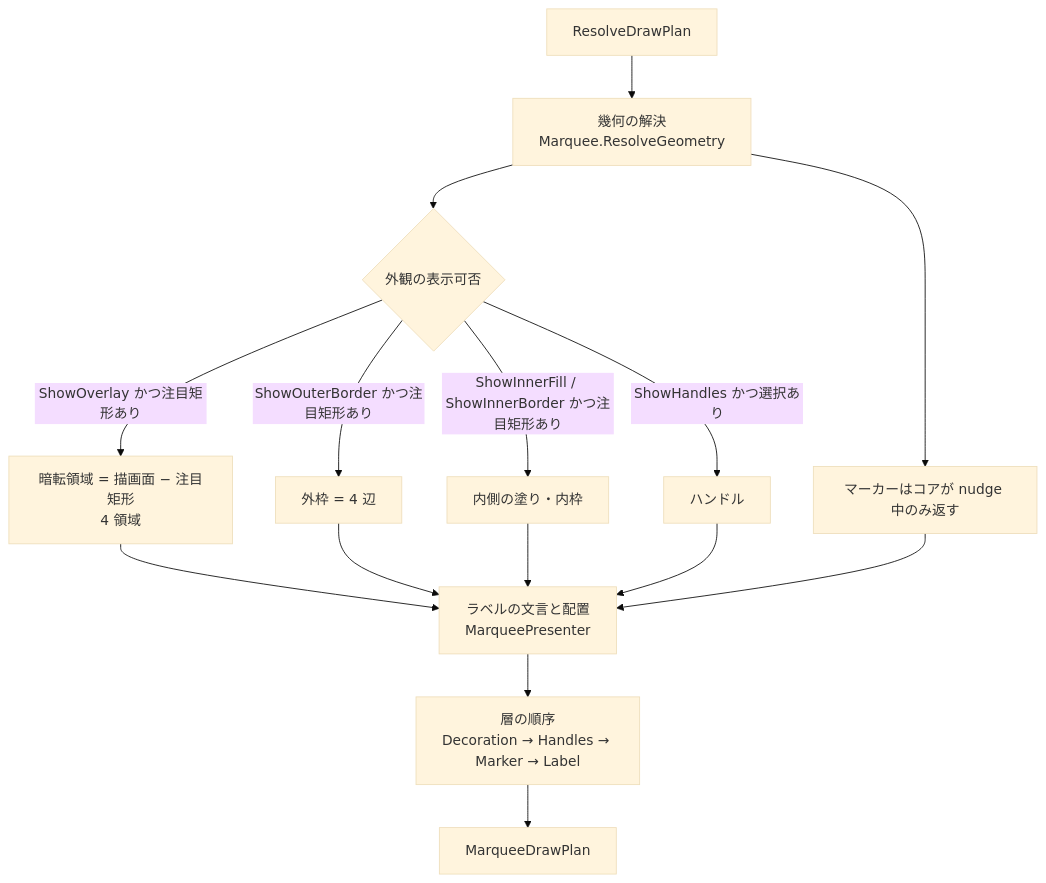
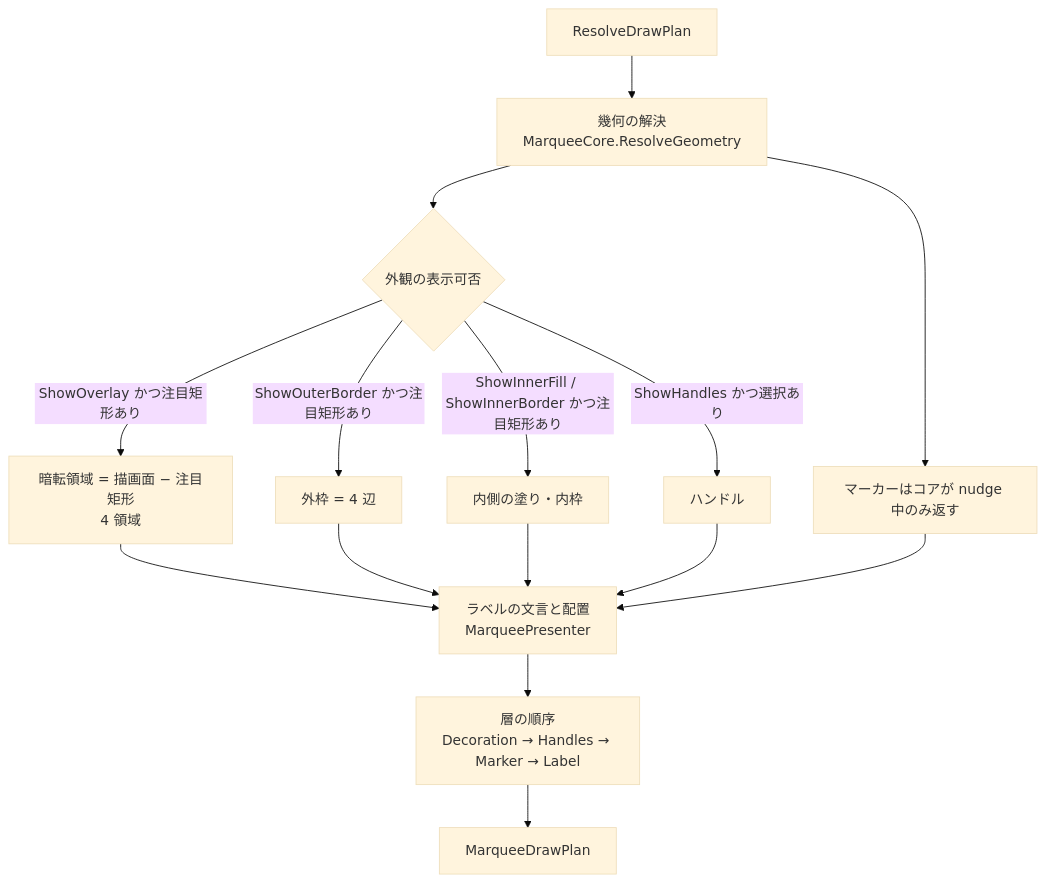
The second of 2 diagrams in src/Feature.Marquee.Presenter/docs/SPEC_System.md (tomokuni/SaveEvidence), drawn with Mermaid (base theme) before and after one commit. The commit also changed other lines of this file and 233 other files, not shown here.

First line of the commit message:
Marquee の公開型を EsUtil.Feature.Marquee へ集約し、ファサードを MarqueeCore へ改名する

````diff
--- a/src/Feature.Marquee.Presenter/docs/SPEC_System.md
+++ b/src/Feature.Marquee.Presenter/docs/SPEC_System.md
@@ -89,17 +89,17 @@
 ```mermaid
 flowchart TD
-    A[ResolveDrawPlan] --> B[幾何の解決<br/>Marquee.ResolveGeometry]
+    A[ResolveDrawPlan] --> B[幾何の解決<br/>MarqueeCore.ResolveGeometry]
     B --> C{外観の表示可否}
     C -->|ShowOverlay かつ注目矩形あり| D[暗転領域 = 描画面 − 注目矩形<br/>4 領域]
     C -->|ShowOuterBorder かつ注目矩形あり| E[外枠 = 4 辺]
     C -->|ShowInnerFill / ShowInnerBorder かつ注目矩形あり| F[内側の塗り・内枠]
     C -->|ShowHandles かつ選択あり| G[ハンドル]
     B --> H[マーカーはコアが nudge 中のみ返す]
     D --> I[ラベルの文言と配置<br/>MarqueePresenter]
     E --> I
     F --> I
     G --> I
     H --> I
     I --> J[層の順序<br/>Decoration → Handles → Marker → Label]
     J --> K[MarqueeDrawPlan]
 ```
````
